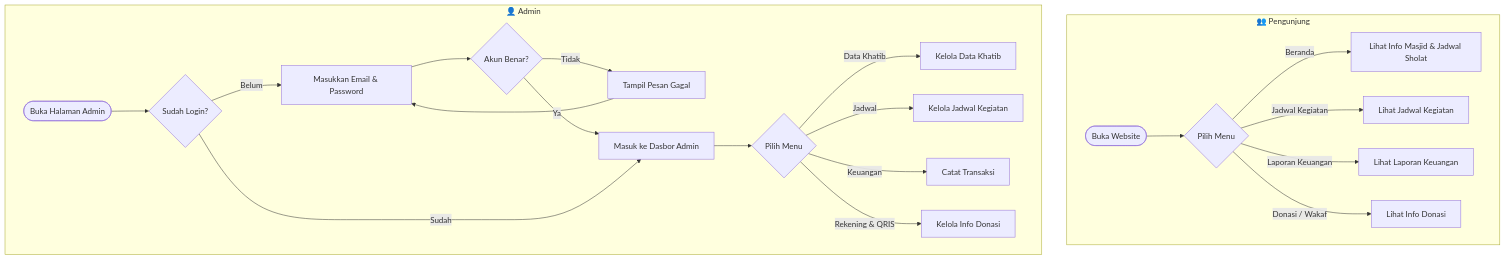
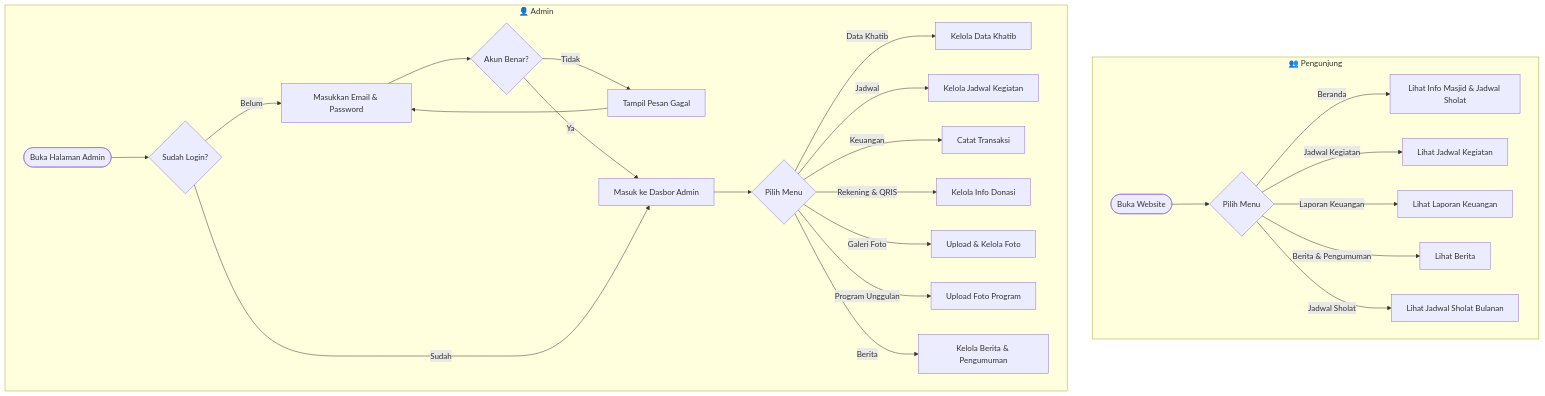
Before and after one commit to nabilhatami86/masjid-al-hidayah: the second of 7 diagrams in ERD.md, drawn with Mermaid. The commit also changed other lines of this file and 19 other files, not shown here.

````diff
--- a/ERD.md
+++ b/ERD.md
@@ -198,25 +295,29 @@
 ```mermaid
 flowchart TD
     subgraph PUBLIK["👥 Pengunjung"]
         P1([Buka Website]) --> P2{Pilih Menu}
         P2 -- Beranda --> P3[Lihat Info Masjid & Jadwal Sholat]
         P2 -- Jadwal Kegiatan --> P4[Lihat Jadwal Kegiatan]
         P2 -- Laporan Keuangan --> P5[Lihat Laporan Keuangan]
-        P2 -- Donasi / Wakaf --> P6[Lihat Info Donasi]
+        P2 -- Berita & Pengumuman --> P6[Lihat Berita]
+        P2 -- Jadwal Sholat --> P7[Lihat Jadwal Sholat Bulanan]
     end
 
     subgraph ADMIN["👤 Admin"]
         A1([Buka Halaman Admin]) --> A2{Sudah Login?}
         A2 -- Belum --> A3[Masukkan Email & Password]
         A3 --> A4{Akun Benar?}
         A4 -- Tidak --> A5[Tampil Pesan Gagal]
         A5 --> A3
         A4 -- Ya --> A6[Masuk ke Dasbor Admin]
         A2 -- Sudah --> A6
         A6 --> A7{Pilih Menu}
         A7 -- Data Khatib --> A8[Kelola Data Khatib]
         A7 -- Jadwal --> A9[Kelola Jadwal Kegiatan]
         A7 -- Keuangan --> A10[Catat Transaksi]
         A7 -- Rekening & QRIS --> A11[Kelola Info Donasi]
+        A7 -- Galeri Foto --> A12[Upload & Kelola Foto]
+        A7 -- Program Unggulan --> A13[Upload Foto Program]
+        A7 -- Berita --> A14[Kelola Berita & Pengumuman]
     end
 ```
````
